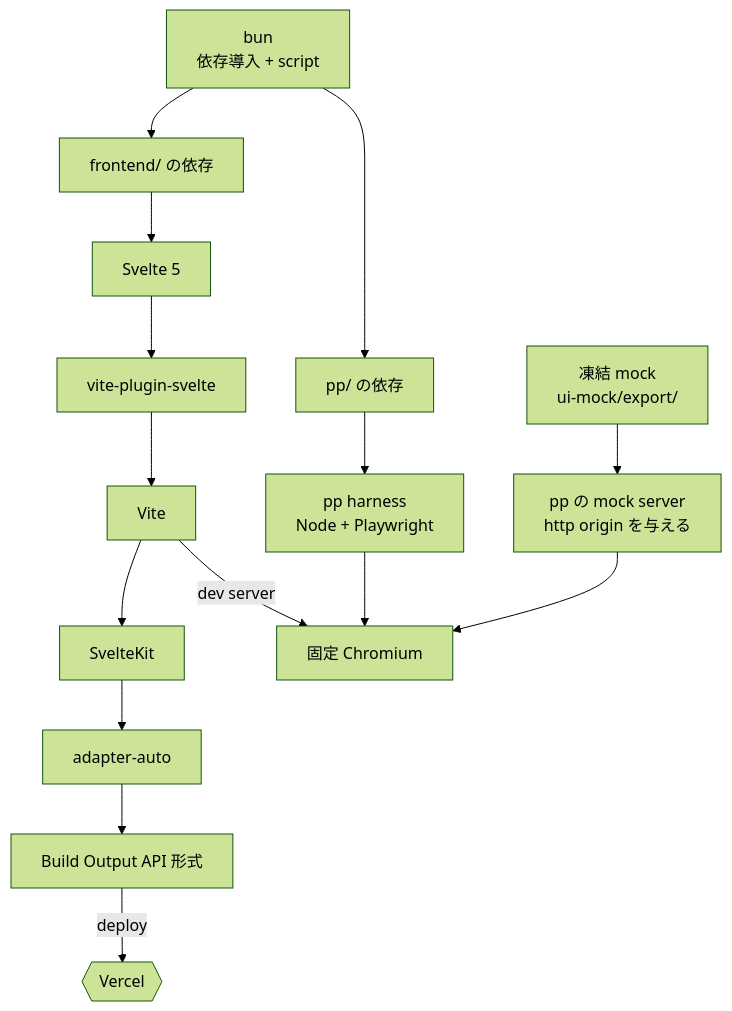
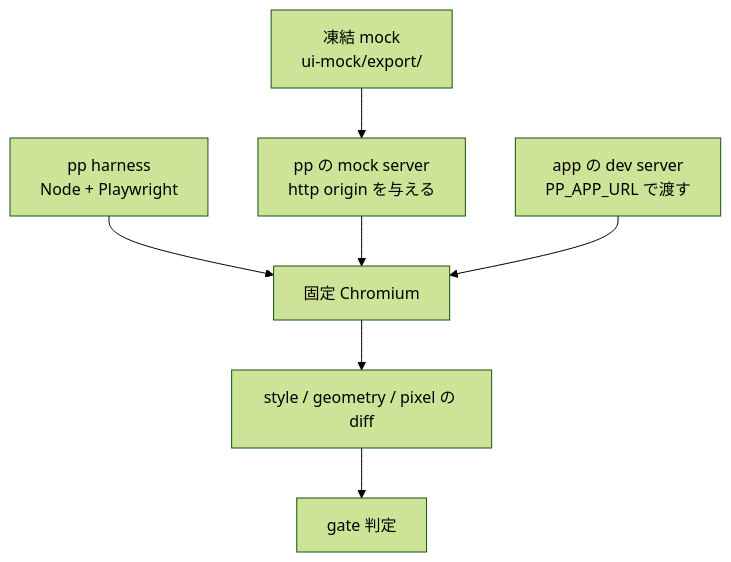
The third of 3 diagrams in docs/stack.md (h2suzuki/claude-design-fe-starter), drawn with Mermaid (forest theme) before and after one commit. The commit also changed other lines of this file and 4 other files, not shown here.

````diff
--- a/docs/stack.md
+++ b/docs/stack.md
@@ -24,18 +41,10 @@
 ```mermaid
 flowchart TB
-  BUN["bun<br/>依存導入 + script"]
-  BUN --> FEDEPS["frontend/ の依存"]
-  BUN --> PPDEPS["pp/ の依存"]
-  FEDEPS --> SVELTE["Svelte 5"]
-  SVELTE --> VPS["vite-plugin-svelte"]
-  VPS --> VITE["Vite"]
-  VITE --> KIT["SvelteKit"]
-  KIT --> ADAPTER["adapter-auto"]
-  ADAPTER --> OUT["Build Output API 形式"]
-  OUT -->|deploy| PROD2{{"Vercel"}}
-  PPDEPS --> PP["pp harness<br/>Node + Playwright"]
-  PP --> CHROME["固定 Chromium"]
-  MOCKSRV["pp の mock server<br/>http origin を与える"] --> CHROME
-  FROZEN["凍結 mock<br/>ui-mock/export/"] --> MOCKSRV
-  VITE -->|dev server| CHROME
+  FROZEN["凍結 mock<br/>ui-mock/export/"] --> MOCKSRV["pp の mock server<br/>http origin を与える"]
+  APP["app の dev server<br/>PP_APP_URL で渡す"]
+  PP["pp harness<br/>Node + Playwright"] --> CHROME["固定 Chromium"]
+  MOCKSRV --> CHROME
+  APP --> CHROME
+  CHROME --> DIFF["style / geometry / pixel の diff"]
+  DIFF --> GATE["gate 判定"]
 ```
````
